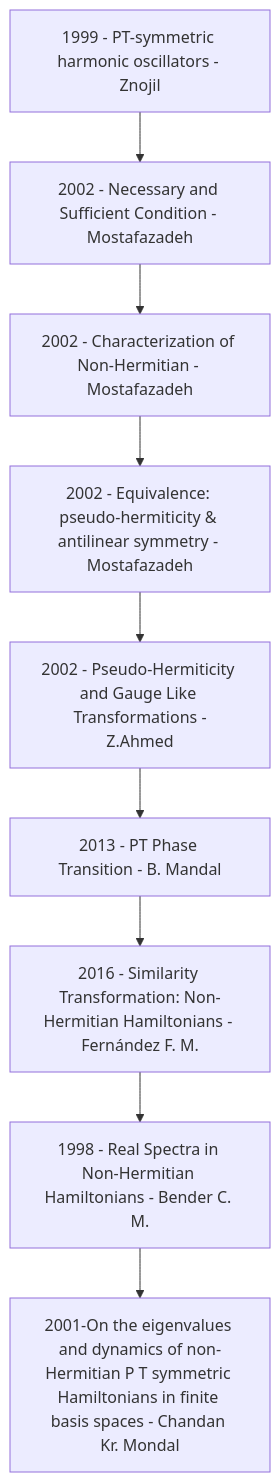
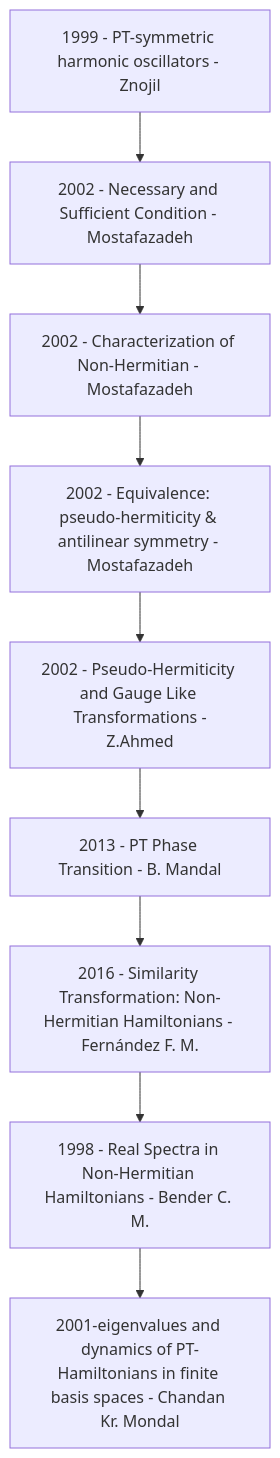
One commit to rajeshphy/research changed the diagram in _posts/2024-08-15-PT-Symmetry.markdown. Above: the diagram before and after it, drawn with Mermaid.

```diff
--- a/_posts/2024-08-15-PT-Symmetry.markdown
+++ b/_posts/2024-08-15-PT-Symmetry.markdown
@@ -19,46 +19,46 @@
 <div class="mermaid">
 graph TD;
 
     A[1999 - PT-symmetric harmonic oscillators - Znojil]
     A1[2002 - Necessary and Sufficient Condition - Mostafazadeh]
     A2[2002 - Characterization of Non-Hermitian - Mostafazadeh]
     A3[2002 - Equivalence: pseudo-hermiticity & antilinear symmetry - Mostafazadeh]
     
     B[2002 - Pseudo-Hermiticity and Gauge Like Transformations -Z.Ahmed]
 
     C[2013 - PT Phase Transition - B. Mandal]
 
         
     D[2016 - Similarity Transformation: Non-Hermitian Hamiltonians - Fernández F. M.]
 
     E[1998 - Real Spectra in Non-Hermitian Hamiltonians - Bender C. M.]
 
-    E1[2001-On the eigenvalues and dynamics of non-Hermitian P T symmetric Hamiltonians in finite basis spaces - Chandan Kr. Mondal]
+    E1[2001-eigenvalues and dynamics of PT-Hamiltonians in finite basis spaces - Chandan Kr. Mondal]
 
 
 
     A-->A1-->A2; A2-->A3; A3-->B;
     B-->C; C-->D; D-->E; E-->E1;
 
 
     click A "{{ site.PAPERS-ORG }}/PAPERS-ORG/PT-Symmetry/1999-znojil.pdf";
     click A1 "{{ site.PAPERS-ORG }}/PAPERS-ORG/PT-Symmetry/2002-Necessary-Sufficient-Condition-Mostafazadeh.pdf";
     click A2 "{{ site.PAPERS-ORG }}/PAPERS-ORG/PT-Symmetry/2002-Characterization-Non-Hermitian-Mostafazadeh.pdf";
     click A3 "{{ site.PAPERS-ORG }}/PAPERS-ORG/PT-Symmetry/2002-Equivalence-Pseudo-Hermiticity-Antilinear-Symmetries-Mostafazadeh.pdf";
 
     click B "{{ site.PAPERS-ORG }}/PAPERS-ORG/PT-Symmetry/2002-Pseudo-Hermiticity-Gauge-Like-Transformations-Ahmed.pdf";
 
     click C "{{ site.PAPERS-ORG }}/PAPERS-ORG/PT-Symmetry/2013-PT-Phase-Transition-Mandal.pdf";
 
     click D "{{ site.PAPERS-ORG }}/PAPERS-ORG/PT-Symmetry/2016-Similarity-Transformation-Fernandez.pdf";
 
     click E "{{ site.PAPERS-ORG }}/PAPERS-ORG/PT-Symmetry/bender1998.pdf";
 
     click E1 "{{ site.PAPERS-ORG }}/PAPERS-ORG/PT-Symmetry/mondal2001.pdf";
 
 
 
 
 
 
 </div>
```
